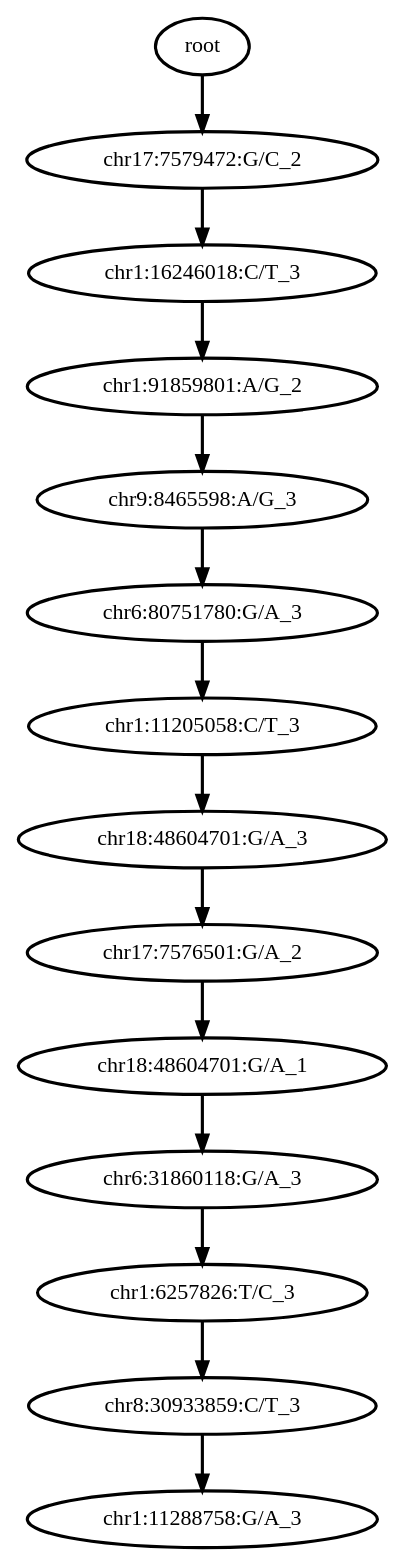
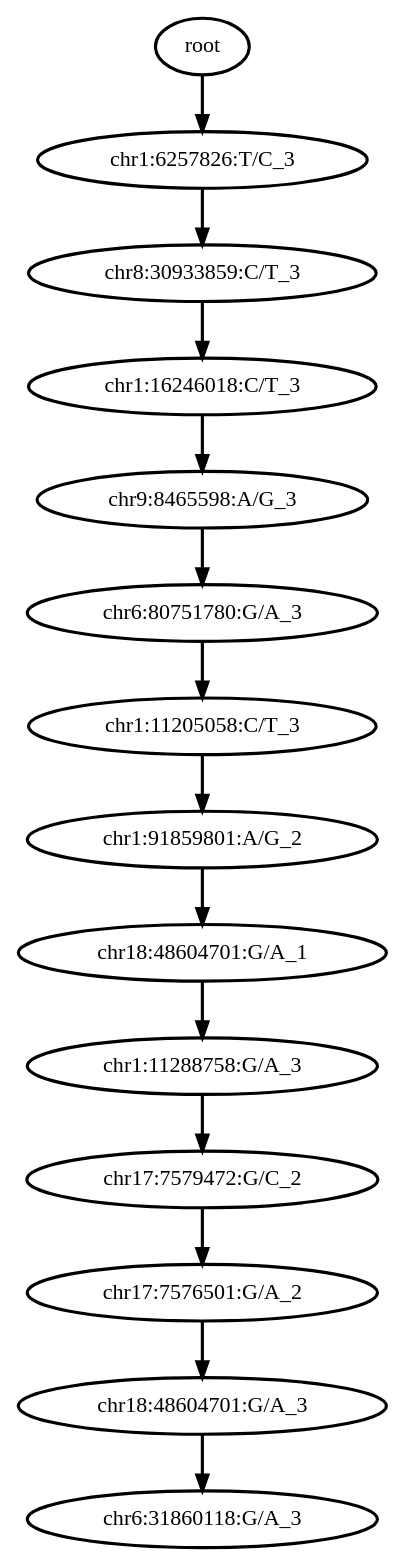
Before and after one commit to haochenz96/Tapestri_main_manuscript_analysis: the diagram in 0_condor_pipeline/condor_outputs/M12/out_tree_without_cells.dot, drawn with Graphviz. The commit also changed 1647 other files, not shown here.

```diff
--- a/0_condor_pipeline/condor_outputs/M12/out_tree_without_cells.dot
+++ b/0_condor_pipeline/condor_outputs/M12/out_tree_without_cells.dot
@@ -1,31 +1,31 @@
 digraph N {
 	overlap="false"
 	rankdir="TB"
 	0 [label="root", style="bold"];
-	1 [label="chr17:7579472:G/C_2", style="bold"];
-	2 [label="chr1:16246018:C/T_3", style="bold"];
-	3 [label="chr1:91859801:A/G_2", style="bold"];
+	1 [label="chr1:6257826:T/C_3", style="bold"];
+	2 [label="chr8:30933859:C/T_3", style="bold"];
+	3 [label="chr1:16246018:C/T_3", style="bold"];
 	4 [label="chr9:8465598:A/G_3", style="bold"];
 	5 [label="chr6:80751780:G/A_3", style="bold"];
 	6 [label="chr1:11205058:C/T_3", style="bold"];
-	7 [label="chr18:48604701:G/A_3", style="bold"];
-	8 [label="chr17:7576501:G/A_2", style="bold"];
-	9 [label="chr18:48604701:G/A_1", style="bold"];
-	10 [label="chr6:31860118:G/A_3", style="bold"];
-	11 [label="chr1:6257826:T/C_3", style="bold"];
-	12 [label="chr8:30933859:C/T_3", style="bold"];
-	13 [label="chr1:11288758:G/A_3", style="bold"];
+	7 [label="chr1:91859801:A/G_2", style="bold"];
+	8 [label="chr18:48604701:G/A_1", style="bold"];
+	9 [label="chr1:11288758:G/A_3", style="bold"];
+	10 [label="chr17:7579472:G/C_2", style="bold"];
+	11 [label="chr17:7576501:G/A_2", style="bold"];
+	12 [label="chr18:48604701:G/A_3", style="bold"];
+	13 [label="chr6:31860118:G/A_3", style="bold"];
 	0 -> 1 [style="bold"];
 	1 -> 2 [style="bold"];
 	2 -> 3 [style="bold"];
 	3 -> 4 [style="bold"];
 	4 -> 5 [style="bold"];
 	5 -> 6 [style="bold"];
 	6 -> 7 [style="bold"];
 	7 -> 8 [style="bold"];
 	8 -> 9 [style="bold"];
 	9 -> 10 [style="bold"];
 	10 -> 11 [style="bold"];
 	11 -> 12 [style="bold"];
 	12 -> 13 [style="bold"];
 }
```
